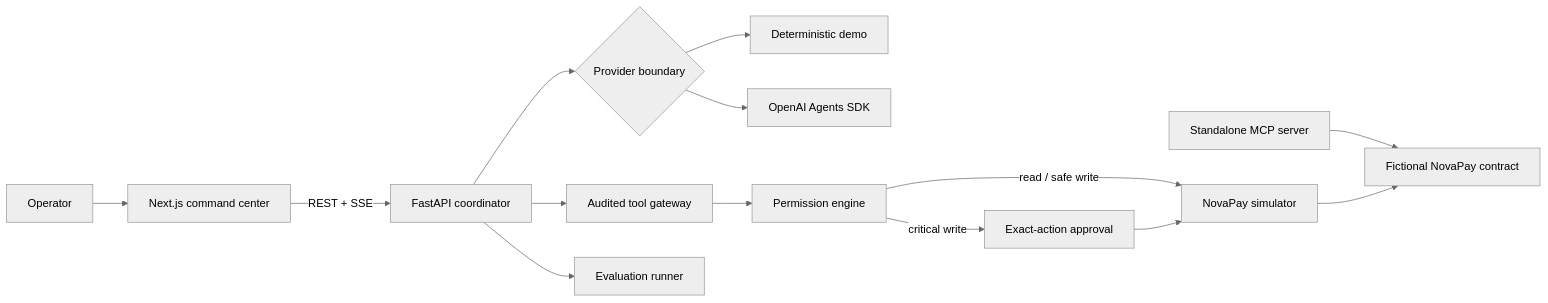
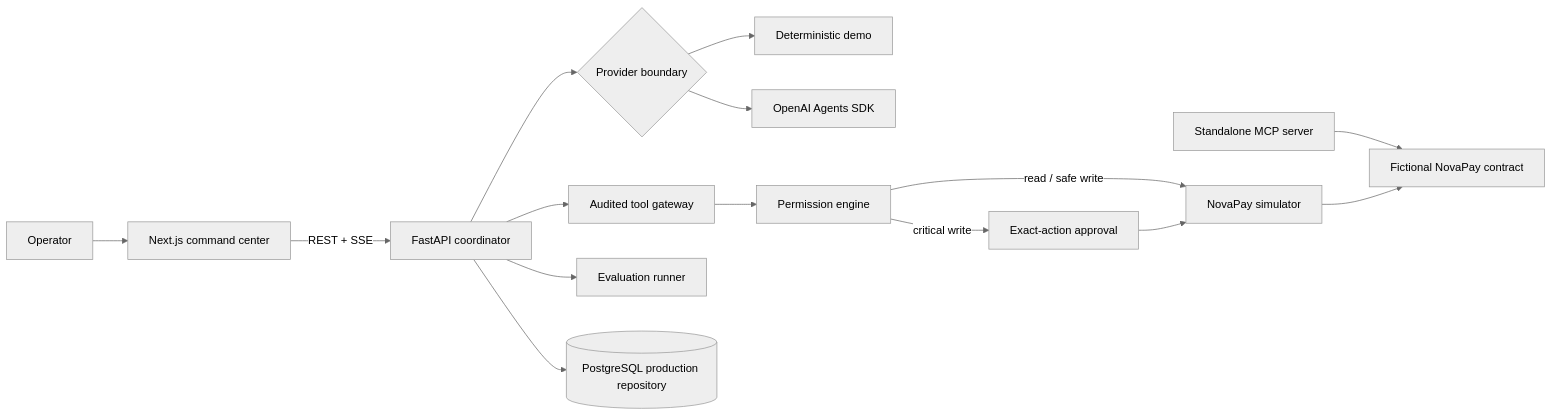
The diagram in README.md (Lucas-Bonatto/resolve-ai), drawn with Mermaid (neutral theme) before and after one commit. The commit also changed other lines of this file and 9 other files, not shown here.

````diff
--- a/README.md
+++ b/README.md
@@ -23,16 +23,17 @@
 ```mermaid
 flowchart LR
   O[Operator] --> W[Next.js command center]
   W -->|REST + SSE| A[FastAPI coordinator]
   A --> P{Provider boundary}
   P --> D[Deterministic demo]
   P --> AI[OpenAI Agents SDK]
   A --> G[Audited tool gateway]
   G --> E[Permission engine]
   E -->|read / safe write| N[NovaPay simulator]
   E -->|critical write| H[Exact-action approval]
   H --> N
   A --> V[Evaluation runner]
+  A --> R[(PostgreSQL production repository)]
   M[Standalone MCP server] --> F[Fictional NovaPay contract]
   N --> F
 ```
````
